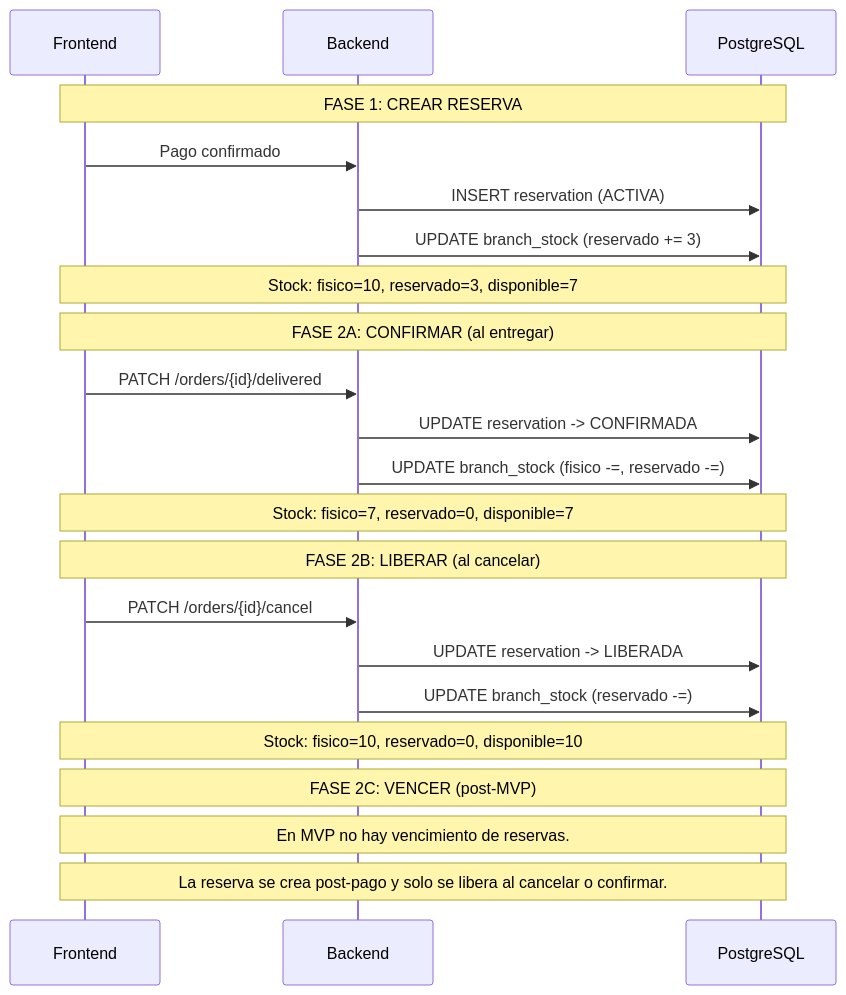
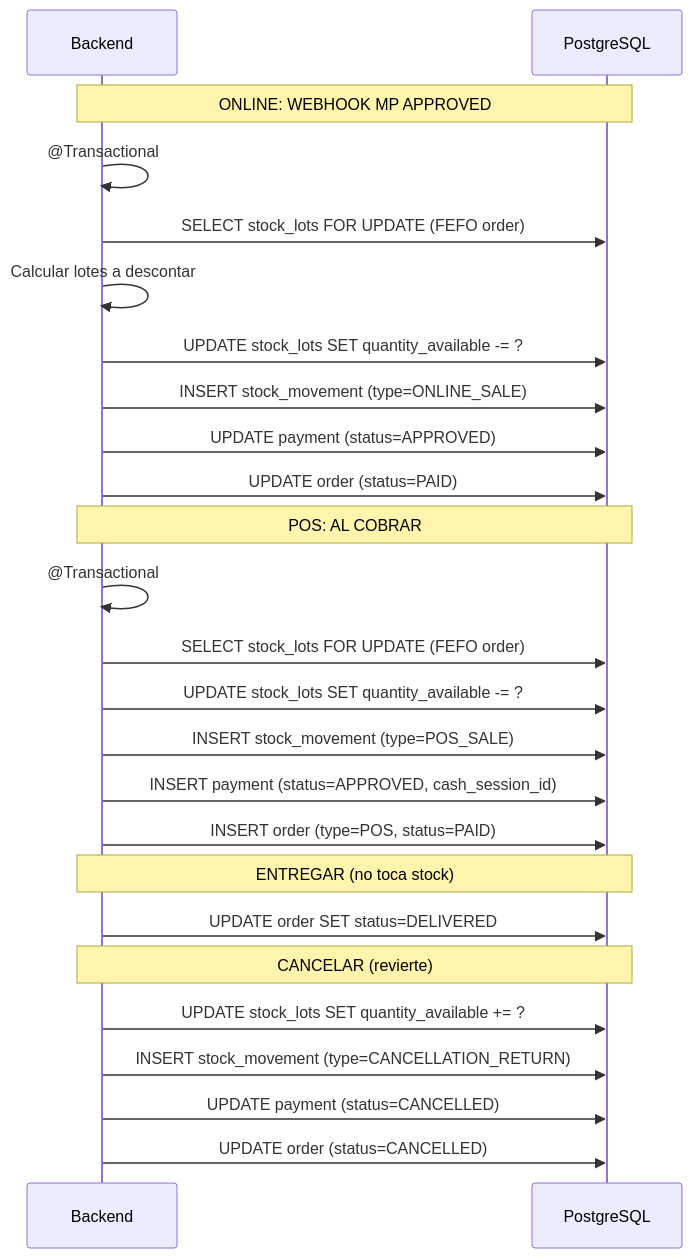
The diagram in Documentation/Dietetica Lembas/08 - Procesos/Ciclo Reserva Stock.md (NachoOsella/tfi-lembas), drawn with Mermaid before and after one commit. The commit also changed other lines of this file and 41 other files, not shown here.

````diff
--- a/Documentation/Dietetica Lembas/08 - Procesos/Ciclo Reserva Stock.md
+++ b/Documentation/Dietetica Lembas/08 - Procesos/Ciclo Reserva Stock.md
@@ -28,32 +18,32 @@
 ```mermaid
 %%{init: {"theme": "base", "themeVariables": {"darkMode": true, "background": "#1d2021", "primaryColor": "#32302f", "primaryTextColor": "#d4be98", "primaryBorderColor": "#d4be98", "lineColor": "#d4be98", "secondaryColor": "#32302f", "tertiaryColor": "#1d2021", "textColor": "#d4be98", "noteBkgColor": "#32302f", "noteTextColor": "#d4be98", "noteBorderColor": "#d8a657", "actorBkg": "#32302f", "actorTextColor": "#d4be98", "actorLineColor": "#d4be98", "signalColor": "#7daea3", "signalTextColor": "#d4be98", "labelBoxBkgColor": "#32302f", "labelBoxBorderColor": "#d4be98", "labelTextColor": "#d4be98", "loopTextColor": "#d4be98"}}%%
 sequenceDiagram
-    participant FE as Frontend
     participant BE as Backend
     participant DB as PostgreSQL
 
-    Note over FE,DB: FASE 1: CREAR RESERVA
-    FE->>BE: Pago confirmado
-    BE->>DB: INSERT reservation (ACTIVA)
-    BE->>DB: UPDATE branch_stock (reservado += 3)
+    Note over BE,DB: ONLINE: WEBHOOK MP APPROVED
+    BE->>BE: @Transactional
+    BE->>DB: SELECT stock_lots FOR UPDATE (FEFO order)
+    BE->>BE: Calcular lotes a descontar
+    BE->>DB: UPDATE stock_lots SET quantity_available -= ?
+    BE->>DB: INSERT stock_movement (type=ONLINE_SALE)
+    BE->>DB: UPDATE payment (status=APPROVED)
+    BE->>DB: UPDATE order (status=PAID)
 
-    Note over FE,DB: Stock: fisico=10, reservado=3, disponible=7
+    Note over BE,DB: POS: AL COBRAR
+    BE->>BE: @Transactional
+    BE->>DB: SELECT stock_lots FOR UPDATE (FEFO order)
+    BE->>DB: UPDATE stock_lots SET quantity_available -= ?
+    BE->>DB: INSERT stock_movement (type=POS_SALE)
+    BE->>DB: INSERT payment (status=APPROVED, cash_session_id)
+    BE->>DB: INSERT order (type=POS, status=PAID)
 
-    Note over FE,DB: FASE 2A: CONFIRMAR (al entregar)
-    FE->>BE: PATCH /orders/{id}/delivered
-    BE->>DB: UPDATE reservation -> CONFIRMADA
-    BE->>DB: UPDATE branch_stock (fisico -=, reservado -=)
+    Note over BE,DB: ENTREGAR (no toca stock)
+    BE->>DB: UPDATE order SET status=DELIVERED
 
-    Note over FE,DB: Stock: fisico=7, reservado=0, disponible=7
-
-    Note over FE,DB: FASE 2B: LIBERAR (al cancelar)
-    FE->>BE: PATCH /orders/{id}/cancel
-    BE->>DB: UPDATE reservation -> LIBERADA
-    BE->>DB: UPDATE branch_stock (reservado -=)
-
-    Note over FE,DB: Stock: fisico=10, reservado=0, disponible=10
-
-    Note over FE,DB: FASE 2C: VENCER (post-MVP)
-    Note over FE,DB: En MVP no hay vencimiento de reservas.
-    Note over FE,DB: La reserva se crea post-pago y solo se libera al cancelar o confirmar.
+    Note over BE,DB: CANCELAR (revierte)
+    BE->>DB: UPDATE stock_lots SET quantity_available += ?
+    BE->>DB: INSERT stock_movement (type=CANCELLATION_RETURN)
+    BE->>DB: UPDATE payment (status=CANCELLED)
+    BE->>DB: UPDATE order (status=CANCELLED)
 ```
````
